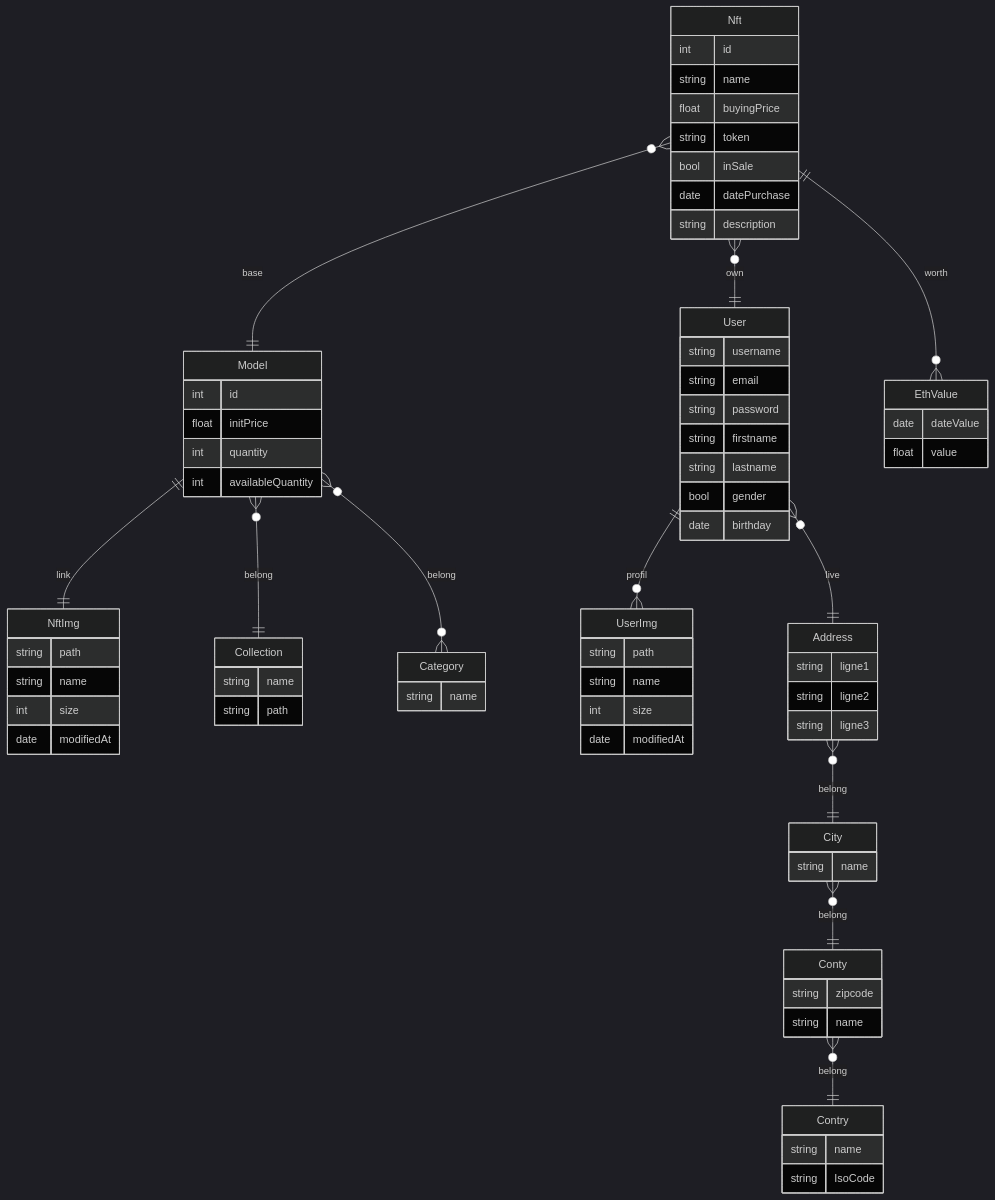
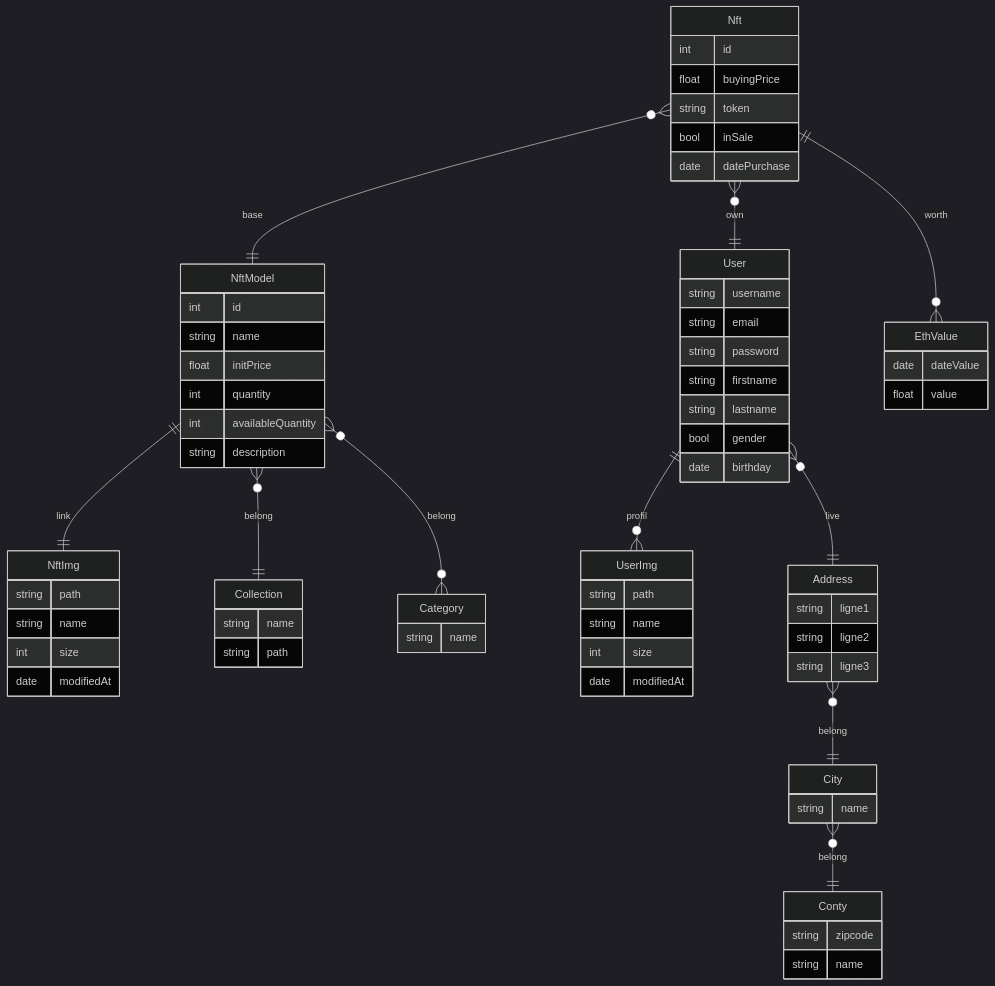
One commit to Adil-be/CreateYourAvatar_Back_End changed the diagram in Readme.md. Above: the diagram before and after it, drawn with Mermaid (dark theme). The commit also changed 21 other files, not shown here.

````diff
--- a/Readme.md
+++ b/Readme.md
@@ -154,18 +154,16 @@
 erDiagram
 
  Nft }o--|| User : own
- Nft }o--|| Model : base
+ Nft }o--|| NftModel : base
  Nft ||--o{ EthValue : worth
 
 
  Nft {
     int id
-    string name
     float buyingPrice
     string token
     bool inSale
     date datePurchase
-    string description
  }
 
 NftImg{
@@ -180,15 +178,17 @@
     float value
 }
 
-Model }o--|| Collection : belong
-Model }o--o{ Category : belong
-Model ||--|| NftImg : link
+NftModel }o--|| Collection : belong
+NftModel }o--o{ Category : belong
+NftModel ||--|| NftImg : link
 
-Model {
+NftModel {
     int id
+    string name
     float initPrice
     int quantity
     int availableQuantity
+    string description
 }
 
 Collection{
@@ -230,14 +230,10 @@
     string name
 }
 
-Conty }o--|| Contry :belong
+
 Conty{
     string zipcode
     string name
 }
 
-Contry{
-    string name
-    string IsoCode
-}
 ```
````
